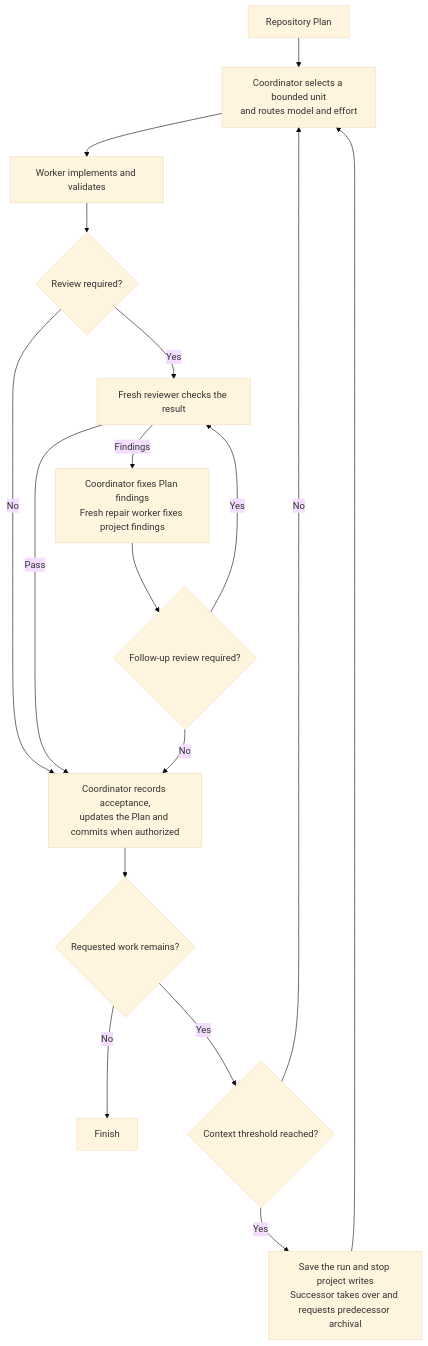
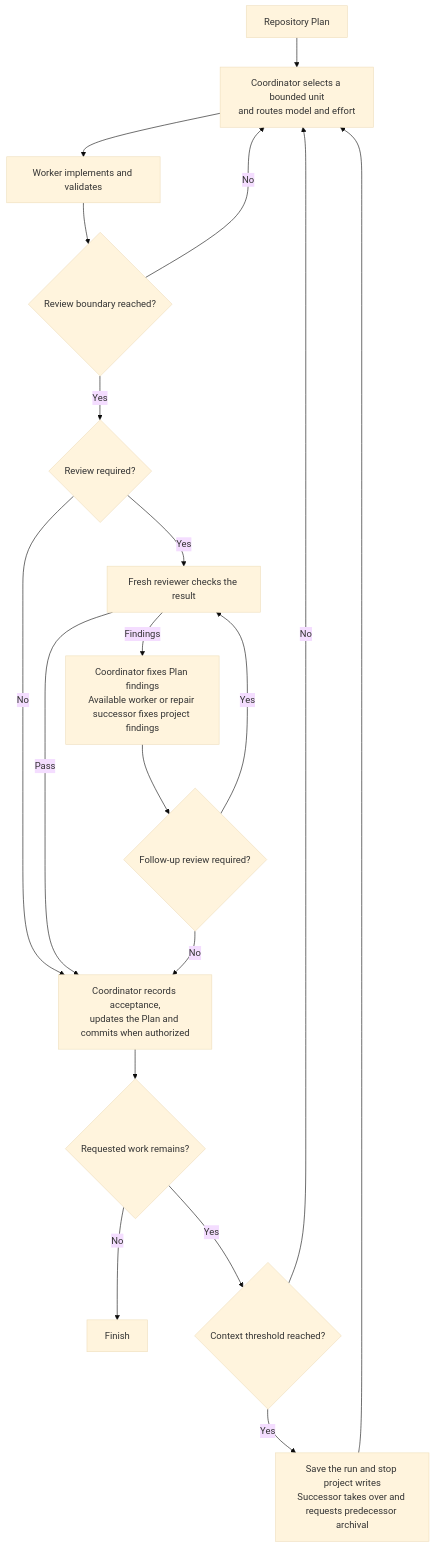
The diagram in README.md (benjaminstelzer/scoville-suite-for-codex), drawn with Mermaid (base theme) before and after one commit. The commit also changed other lines of this file and 42 other files, not shown here.

Commit message:
Align review cadence, Plan updates and compatibility descriptions

````diff
--- a/README.md
+++ b/README.md
@@ -48,19 +48,21 @@
 ```mermaid
 flowchart TD
     P["Repository Plan"] --> C["Coordinator selects a bounded unit<br/>and routes model and effort"]
     C --> W["Worker implements and validates"]
-    W --> G{"Review required?"}
+    W --> B{"Review boundary reached?"}
+    B -->|No| C
+    B -->|Yes| G{"Review required?"}
     G -->|Yes| R["Fresh reviewer checks the result"]
     G -->|No| A["Coordinator records acceptance,<br/>updates the Plan and commits when authorized"]
     R -->|Pass| A
-    R -->|Findings| F["Coordinator fixes Plan findings<br/>Fresh repair worker fixes project findings"]
+    R -->|Findings| F["Coordinator fixes Plan findings<br/>Available worker or repair successor fixes project findings"]
     F --> Q{"Follow-up review required?"}
     Q -->|Yes| R
     Q -->|No| A
     A --> N{"Requested work remains?"}
     N -->|No| D["Finish"]
     N -->|Yes| T{"Context threshold reached?"}
     T -->|No| C
     T -->|Yes| H["Save the run and stop project writes<br/>Successor takes over and requests predecessor archival"]
     H --> C
 ```
````
